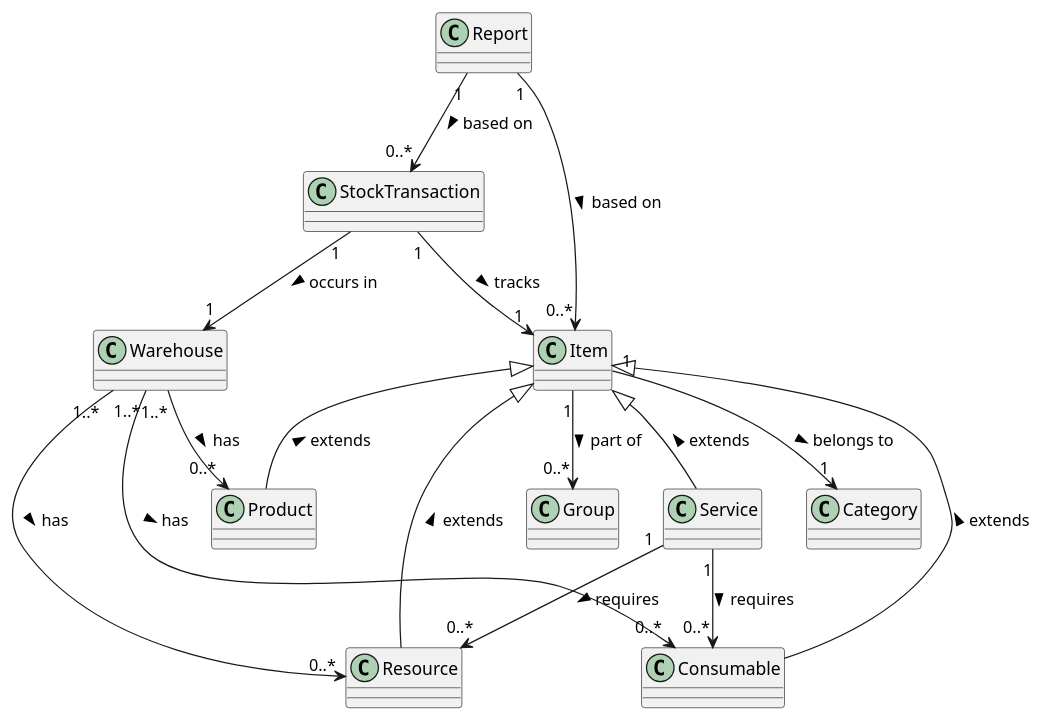
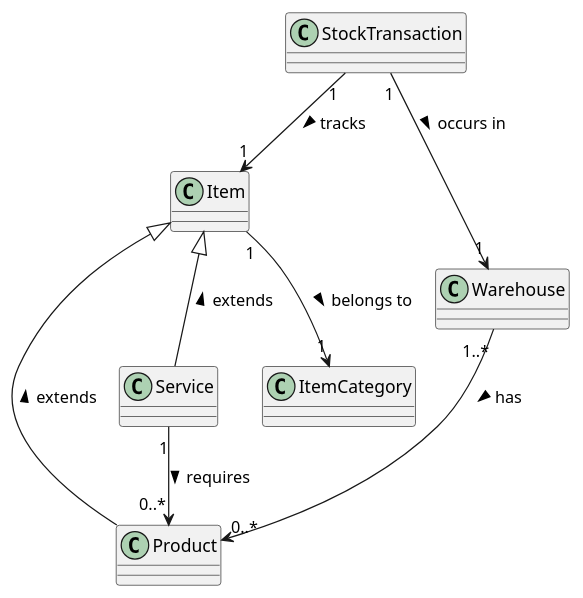
Before and after one commit to ines-erp/knowledgebase: the diagram in Diagrams/2 - Classes/Inventory and Service Management/Connections.puml, drawn with PlantUML. The commit also changed 4 other files, not shown here.

Commit message:
Simple version of diagrams

```diff
--- a/Diagrams/2 - Classes/Inventory and Service Management/Connections.puml
+++ b/Diagrams/2 - Classes/Inventory and Service Management/Connections.puml
@@ -1,47 +1,32 @@
 @startuml
 
 ' Define classes
 class Item {}
 
 class Product {}
 
 class Service {}
 
-class Category {}
-
-class Resource {}
-
-class Consumable {}
-
-class Group {}
+class ItemCategory {}
 
 class Warehouse {}
 
 class StockTransaction {}
 
-class Report {}
 
 ' Define relationships
 Item <|-- Product : extends <
 Item <|-- Service : extends <
-Item <|-- Resource : extends <
-Item <|-- Consumable : extends <
 
-Item "1" --> "1" Category : belongs to >
-Item "1" --> "0..*" Group : part of >
-Service "1" --> "0..*" Resource : requires >
-Service "1" --> "0..*" Consumable : requires >
+Item "1" --> "1" ItemCategory : belongs to >
+Service "1" --> "0..*" Product : requires >
 
 Warehouse "1..*" --> "0..*" Product : has >
-Warehouse "1..*" --> "0..*" Consumable : has >
-Warehouse "1..*" --> "0..*" Resource : has >
 
 ' StockTransaction can reference any Inventory Item
 StockTransaction "1" --> "1" Warehouse : occurs in >
 StockTransaction "1" --> "1" Item : tracks >
 
-Report "1" --> "0..*" Item : based on >
-Report "1" --> "0..*" StockTransaction : based on >
 
 
 @enduml
```
